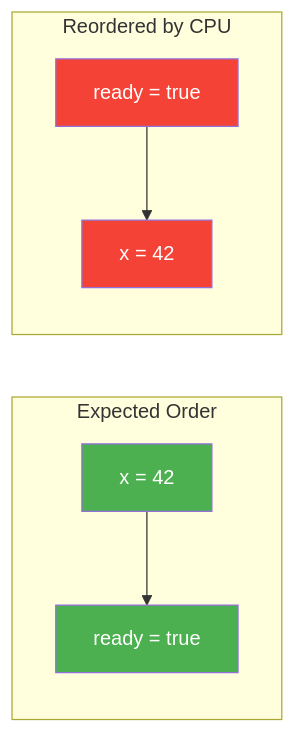
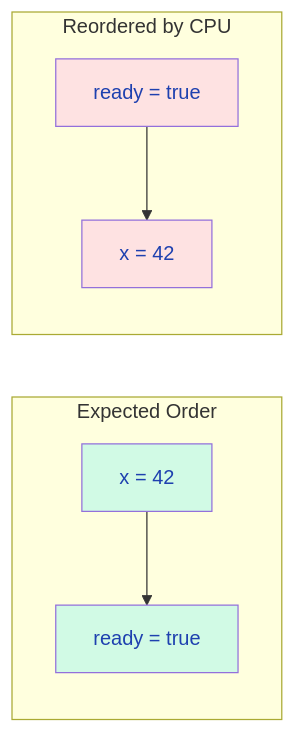
The third of 7 diagrams in docs/java/JavaMemoryModel.md (saivamsikaruturi/vamsilabs-dev-notes-main), drawn with Mermaid before and after one commit. The commit also changed other lines of this file and 220 other files, not shown here.

First line of the commit message:
Add 50+ new Java/Spring Boot pages, rewrite CSS code blocks to Oracle style, fix all diagram colors

````diff
--- a/docs/java/JavaMemoryModel.md
+++ b/docs/java/JavaMemoryModel.md
@@ -163,14 +163,14 @@
 ```mermaid
 graph LR
     subgraph "Expected Order"
         A1["x = 42"] --> A2["ready = true"]
     end
     subgraph "Reordered by CPU"
         B1["ready = true"] --> B2["x = 42"]
     end
 
-    style A1 fill:#4CAF50,color:#fff
-    style A2 fill:#4CAF50,color:#fff
-    style B1 fill:#F44336,color:#fff
-    style B2 fill:#F44336,color:#fff
+    style A1 fill:#D1FAE5,color:#1E40AF
+    style A2 fill:#D1FAE5,color:#1E40AF
+    style B1 fill:#FEE2E2,color:#1E40AF
+    style B2 fill:#FEE2E2,color:#1E40AF
 ```
````
